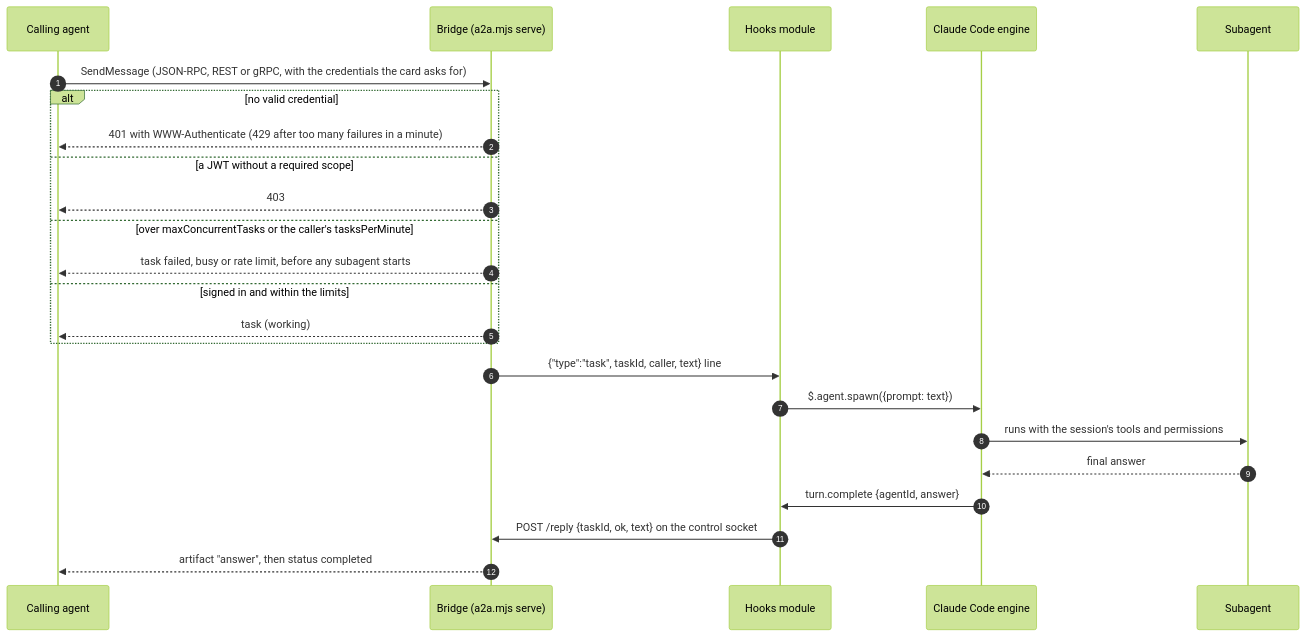
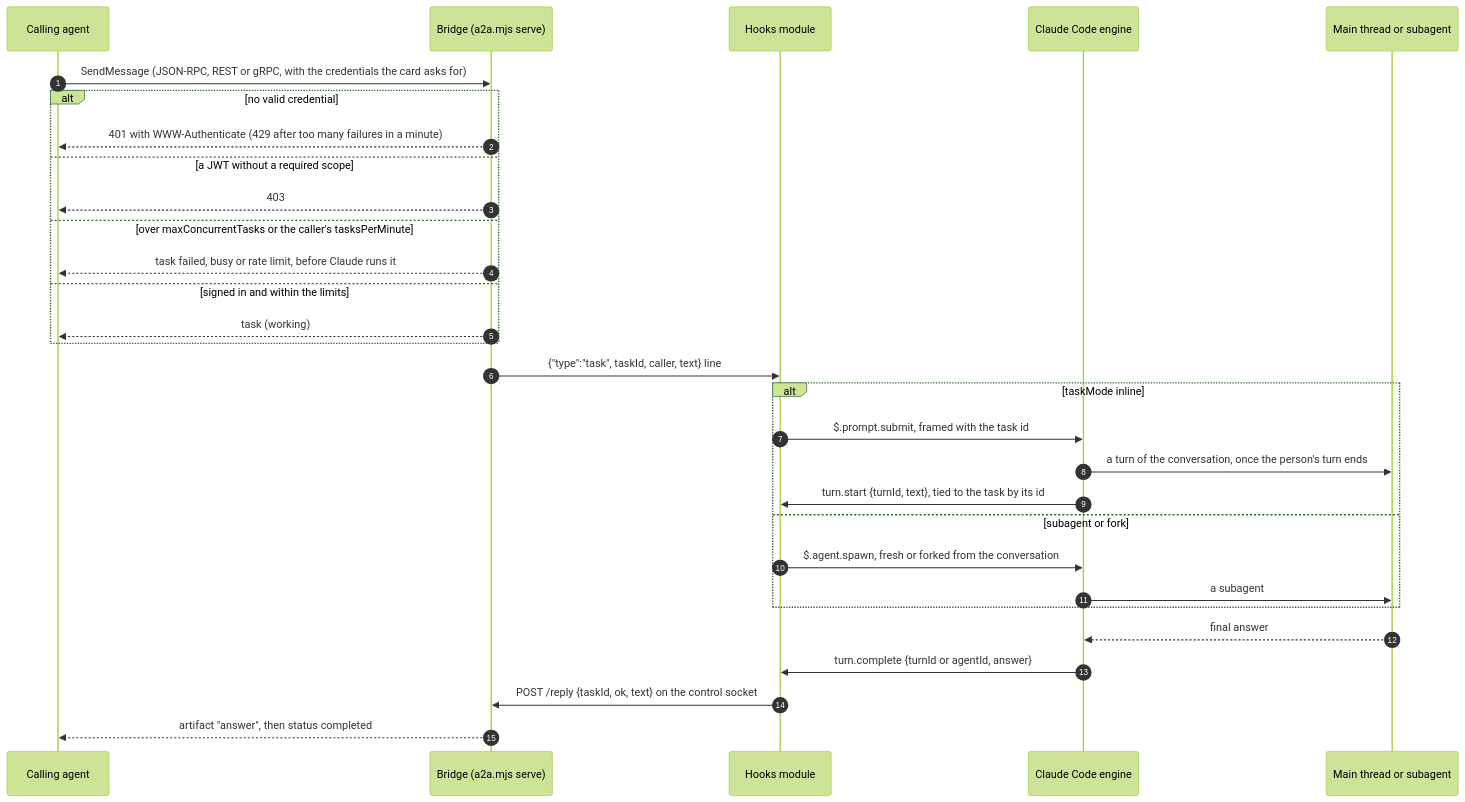
Before and after one commit to fulgas/claude-a2a: the fifth of 6 diagrams in docs/architecture.md, drawn with Mermaid (forest theme). The commit also changed other lines of this file and 10 other files, not shown here.

First line of the commit message:
feat(server)!: run tasks in the conversation, a fresh subagent or a fork

````diff
--- a/docs/architecture.md
+++ b/docs/architecture.md
@@ -189,27 +189,33 @@
 ```mermaid
 sequenceDiagram
   autonumber
   participant C as Calling agent
   participant B as Bridge (a2a.mjs serve)
   participant P as Hooks module
   participant E as Claude Code engine
-  participant S as Subagent
+  participant S as Main thread or subagent
 
   C->>B: SendMessage (JSON-RPC, REST or gRPC, with the credentials the card asks for)
   alt no valid credential
     B-->>C: 401 with WWW-Authenticate (429 after too many failures in a minute)
   else a JWT without a required scope
     B-->>C: 403
   else over maxConcurrentTasks or the caller's tasksPerMinute
-    B-->>C: task failed, busy or rate limit, before any subagent starts
+    B-->>C: task failed, busy or rate limit, before Claude runs it
   else signed in and within the limits
     B-->>C: task (working)
   end
   B->>P: {"type":"task", taskId, caller, text} line
-  P->>E: $.agent.spawn({prompt: text})
-  E->>S: runs with the session's tools and permissions
+  alt taskMode inline
+    P->>E: $.prompt.submit, framed with the task id
+    E->>S: a turn of the conversation, once the person's turn ends
+    E->>P: turn.start {turnId, text}, tied to the task by its id
+  else subagent or fork
+    P->>E: $.agent.spawn, fresh or forked from the conversation
+    E->>S: a subagent
+  end
   S-->>E: final answer
-  E->>P: turn.complete {agentId, answer}
+  E->>P: turn.complete {turnId or agentId, answer}
   P->>B: POST /reply {taskId, ok, text} on the control socket
   B-->>C: artifact "answer", then status completed
 ```
````
